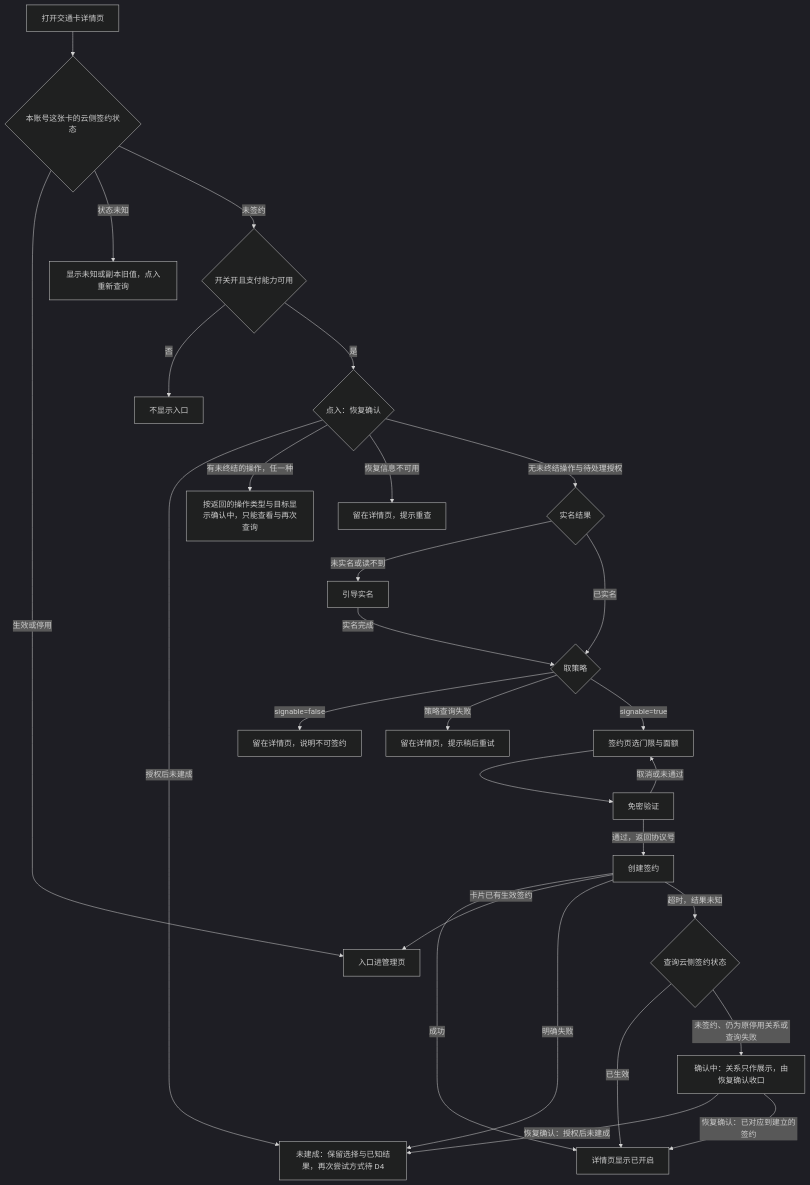
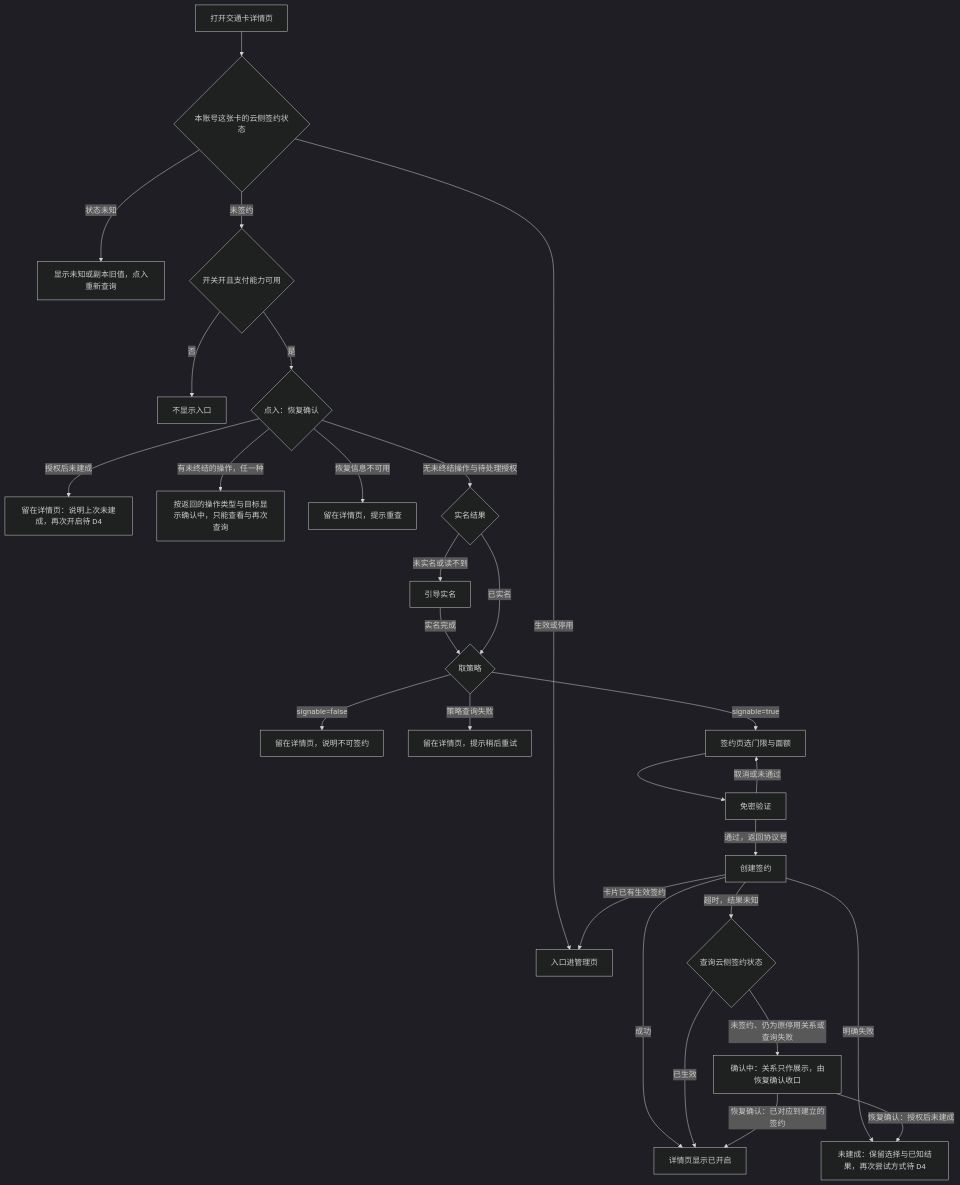
Before and after one commit to sqsqsq/SimulatedWalletForHmos: the first of 3 diagrams in doc/plan/1.9.9/金样候选/auto-topup/spec/spec.md, drawn with Mermaid (dark theme). The commit also changed other lines of this file and 20 other files, not shown here.

````diff
--- a/doc/plan/1.9.9/金样候选/auto-topup/spec/spec.md
+++ b/doc/plan/1.9.9/金样候选/auto-topup/spec/spec.md
@@ -229,30 +231,30 @@
 ```mermaid
 flowchart TD
   A[打开交通卡详情页] --> S{本账号这张卡的云侧签约状态}
   S -->|生效或停用| MG[入口进管理页]
   S -->|状态未知| UN[显示未知或副本旧值，点入重新查询]
   S -->|未签约| G{开关开且支付能力可用}
   G -->|否| H[不显示入口]
   G -->|是| RC{点入：恢复确认}
-  RC -->|授权后未建成| F
+  RC -->|授权后未建成| FD[留在详情页：说明上次未建成，再次开启待 D4]
   RC -->|有未终结的操作，任一种| RP[按返回的操作类型与目标显示确认中，只能查看与再次查询]
   RC -->|恢复信息不可用| RF[留在详情页，提示重查]
   RC -->|无未终结操作与待处理授权| R{实名结果}
   R -->|未实名或读不到| RN[引导实名]
   RN -->|实名完成| P
   R -->|已实名| P{取策略}
   P -->|signable=false| NS[留在详情页，说明不可签约]
   P -->|策略查询失败| PF[留在详情页，提示稍后重试]
   P -->|signable=true| B[签约页选门限与面额]
   B --> C[免密验证]
   C -->|取消或未通过| B
   C -->|通过，返回协议号| D[创建签约]
   D -->|成功| E[详情页显示已开启]
   D -->|卡片已有生效签约| MG
   D -->|明确失败| F[未建成：保留选择与已知结果，再次尝试方式待 D4]
   D -->|超时，结果未知| Q{查询云侧签约状态}
   Q -->|已生效| E
   Q -->|未签约、仍为原停用关系或查询失败| U[确认中：关系只作展示，由恢复确认收口]
   U -->|恢复确认：授权后未建成| F
   U -->|恢复确认：已对应到建立的签约| E
 ```
````
